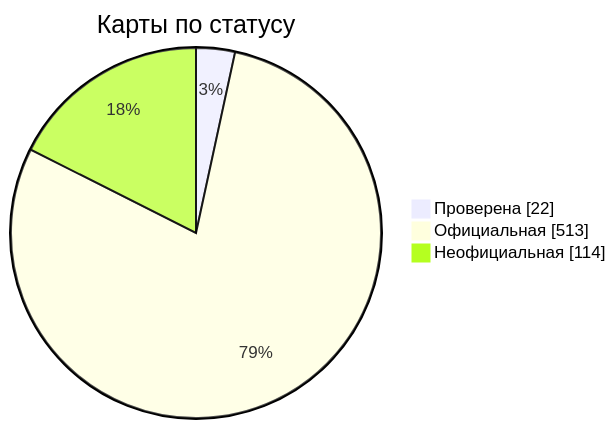
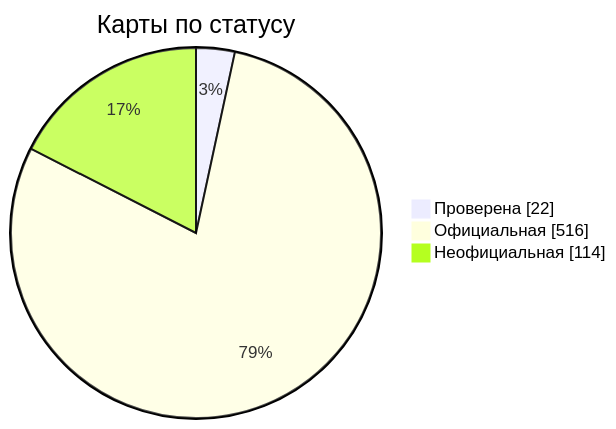
Before and after one commit to nobrega8/mbmap-library: the diagram in docs/readme/README_RU.md, drawn with Mermaid. The commit also changed 8 other files, not shown here.

````diff
--- a/docs/readme/README_RU.md
+++ b/docs/readme/README_RU.md
@@ -54,7 +54,7 @@
 ```mermaid
 pie showData
     title Карты по статусу
     "Проверена" : 22
-    "Официальная" : 513
+    "Официальная" : 516
     "Неофициальная" : 114
 ```
````
